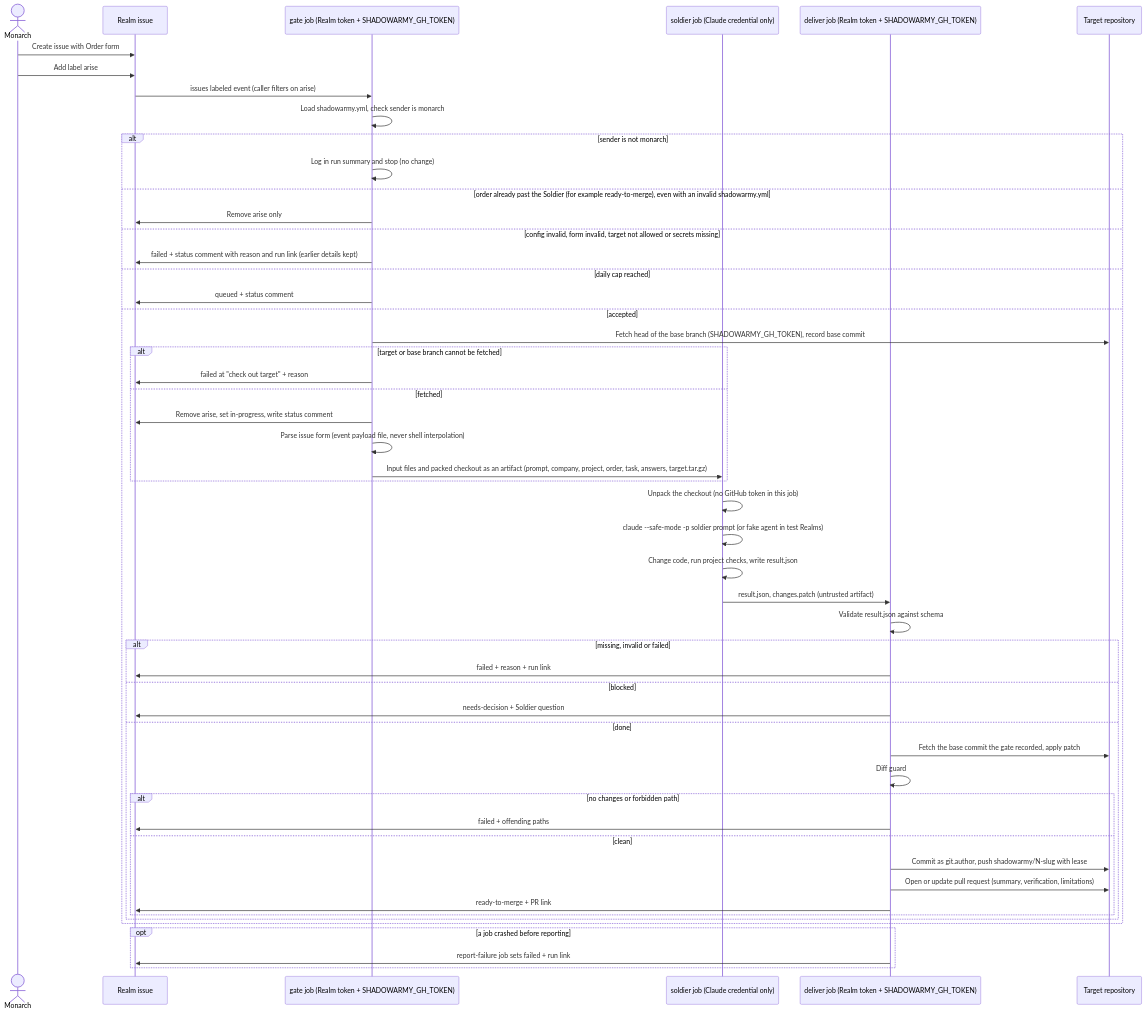
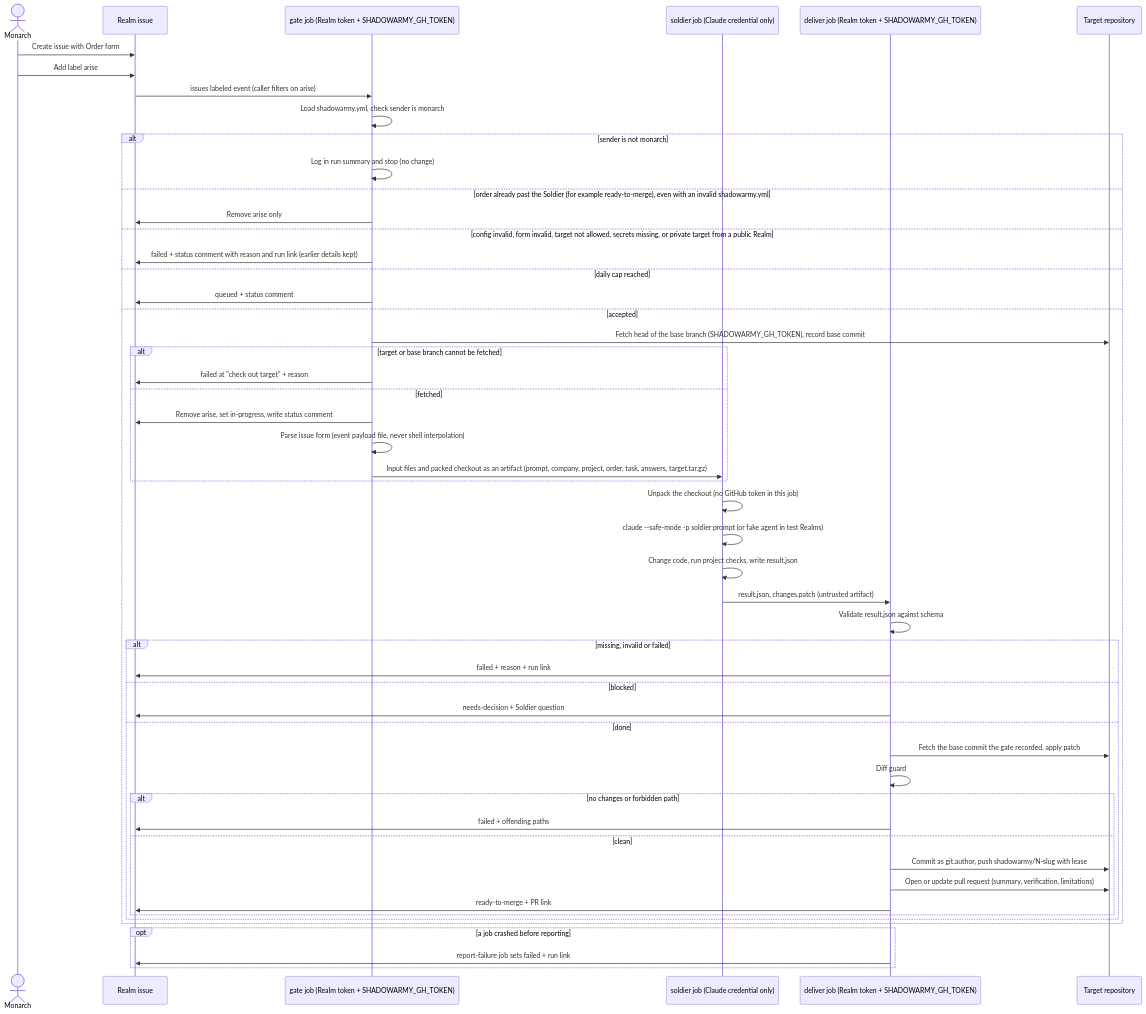
One commit to Vrajesh-works/shadowarmy changed the diagram in functional-diagrams/actions/single-task-order.md. Above: the diagram before and after it, drawn with Mermaid. The commit also changed 11 other files, not shown here.

Commit message:
no-mistakes(review): Refuse private targets from public Realms

````diff
--- a/functional-diagrams/actions/single-task-order.md
+++ b/functional-diagrams/actions/single-task-order.md
@@ -5,55 +5,55 @@
 ```mermaid
 sequenceDiagram
   actor Monarch
   participant Realm as Realm issue
   participant Gate as gate job (Realm token + SHADOWARMY_GH_TOKEN)
   participant Soldier as soldier job (Claude credential only)
   participant Deliver as deliver job (Realm token + SHADOWARMY_GH_TOKEN)
   participant Target as Target repository
 
   Monarch->>Realm: Create issue with Order form
   Monarch->>Realm: Add label arise
   Realm->>Gate: issues labeled event (caller filters on arise)
   Gate->>Gate: Load shadowarmy.yml, check sender is monarch
   alt sender is not monarch
     Gate->>Gate: Log in run summary and stop (no change)
   else order already past the Soldier (for example ready-to-merge), even with an invalid shadowarmy.yml
     Gate->>Realm: Remove arise only
-  else config invalid, form invalid, target not allowed or secrets missing
+  else config invalid, form invalid, target not allowed, secrets missing, or private target from a public Realm
     Gate->>Realm: failed + status comment with reason and run link (earlier details kept)
   else daily cap reached
     Gate->>Realm: queued + status comment
   else accepted
     Gate->>Target: Fetch head of the base branch (SHADOWARMY_GH_TOKEN), record base commit
     alt target or base branch cannot be fetched
       Gate->>Realm: failed at "check out target" + reason
     else fetched
       Gate->>Realm: Remove arise, set in-progress, write status comment
       Gate->>Gate: Parse issue form (event payload file, never shell interpolation)
       Gate->>Soldier: Input files and packed checkout as an artifact (prompt, company, project, order, task, answers, target.tar.gz)
     end
     Soldier->>Soldier: Unpack the checkout (no GitHub token in this job)
     Soldier->>Soldier: claude --safe-mode -p soldier prompt (or fake agent in test Realms)
     Soldier->>Soldier: Change code, run project checks, write result.json
     Soldier->>Deliver: result.json, changes.patch (untrusted artifact)
     Deliver->>Deliver: Validate result.json against schema
     alt missing, invalid or failed
       Deliver->>Realm: failed + reason + run link
     else blocked
       Deliver->>Realm: needs-decision + Soldier question
     else done
       Deliver->>Target: Fetch the base commit the gate recorded, apply patch
       Deliver->>Deliver: Diff guard
       alt no changes or forbidden path
         Deliver->>Realm: failed + offending paths
       else clean
         Deliver->>Target: Commit as git.author, push shadowarmy/N-slug with lease
         Deliver->>Target: Open or update pull request (summary, verification, limitations)
         Deliver->>Realm: ready-to-merge + PR link
       end
     end
   end
   opt a job crashed before reporting
     Deliver->>Realm: report-failure job sets failed + run link
   end
 ```
````
